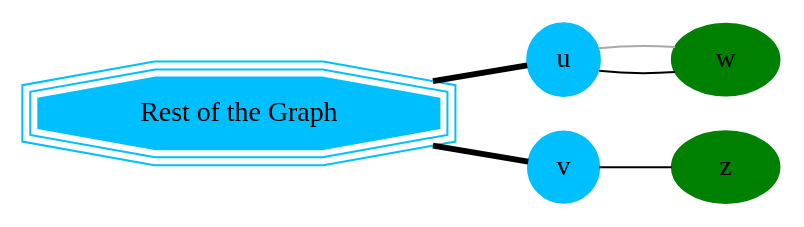
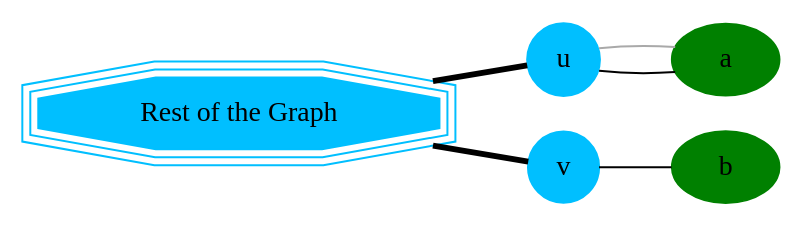
Before and after one commit to pgRouting/pgrouting: the first of 10 diagrams in doc/contraction/contraction-family.rst, drawn with Graphviz. The commit also changed other lines of this file and 414 other files, not shown here.

```diff
--- a/doc/contraction/contraction-family.rst
+++ b/doc/contraction/contraction-family.rst
@@ -106,13 +93,14 @@
 .. graphviz::
 
     graph G {
         u, v [shape=circle;style=filled;width=.4;color=deepskyblue];
-        w, z [style=filled; color=green];
-        G [shape=tripleoctagon;width=1.5;style=filled;color=deepskyblue;label = "Rest of the Graph"];
+        a, b [style=filled; color=green];
+        G [shape=tripleoctagon;width=1.5;style=filled;
+           color=deepskyblue;label = "Rest of the Graph"];
 
         rankdir=LR;
         G -- {u, v} [dir=none, weight=1, penwidth=3];
-        u -- w [color=black];
-        u -- w [color=darkgray];
-        v -- z;
+        u -- a [color=black];
+        u -- a [color=darkgray];
+        v -- b;
     }
```
